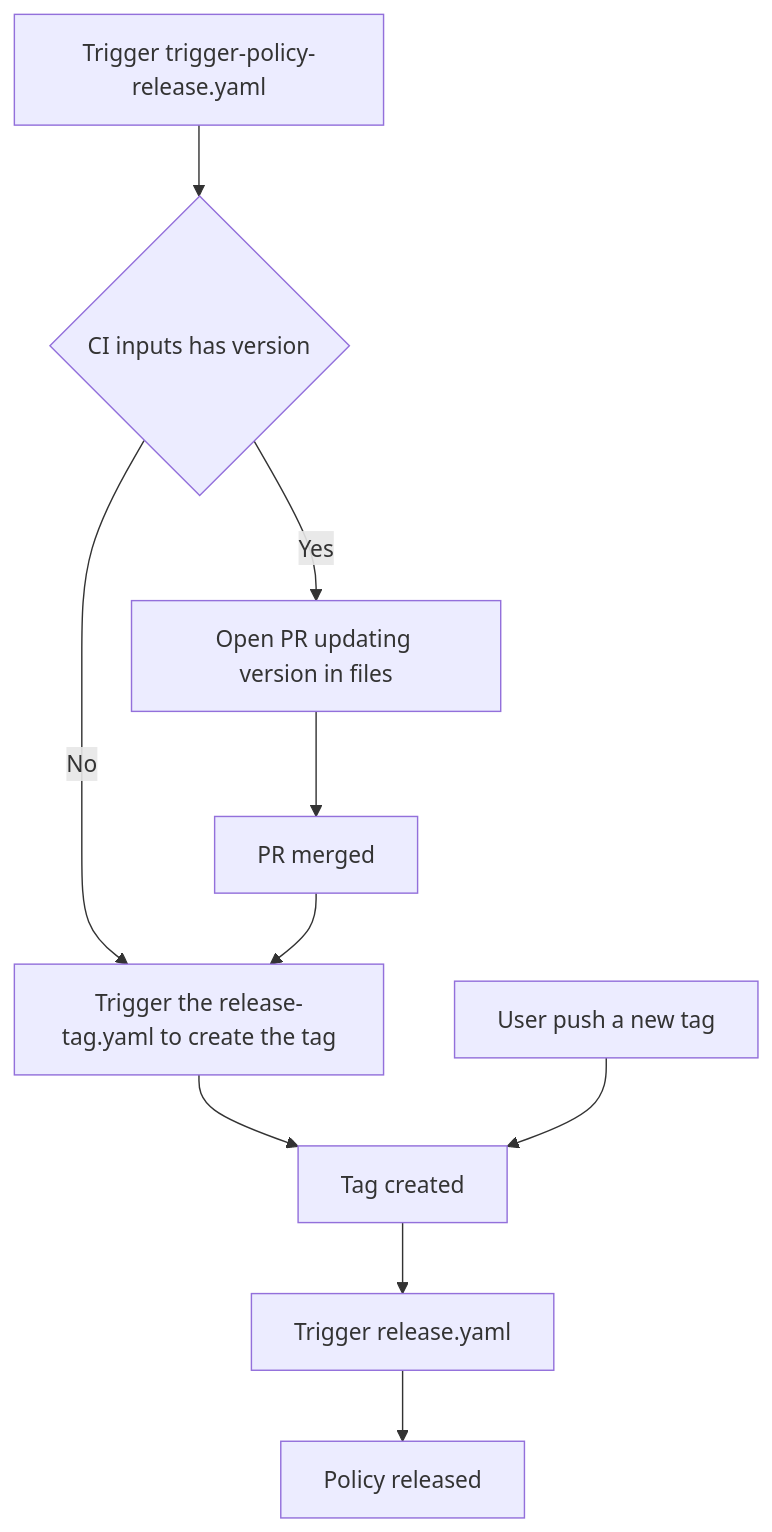
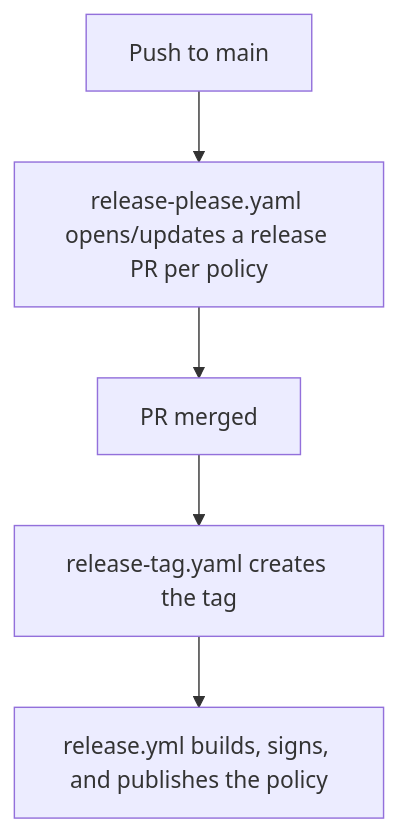
The diagram in CONTRIBUTING.md (jvanz/policies), drawn with Mermaid before and after one commit. The commit also changed other lines of this file, not shown here.

First line of the commit message:
docs: document the release-please release flow

````diff
--- a/CONTRIBUTING.md
+++ b/CONTRIBUTING.md
@@ -126,14 +150,8 @@
 ```mermaid
 flowchart TD
 
-A[Trigger trigger-policy-release.yaml ] --> B{CI inputs has version}
-
-B -->|Yes| C[Open PR updating version in files]
-B -->|No| D[Trigger the release-tag.yaml to create the tag]
-D --> E[Tag created]
-E --> F[Trigger release.yaml]
-C --> G[PR merged]
-G --> D
-F --> H[Policy released]
-I[User push a new tag] --> E
+A[Push to main] --> B[release-please.yaml opens/updates a release PR per policy]
+B --> C[PR merged]
+C --> D[release-tag.yaml creates the tag]
+D --> E[release.yml builds, signs, and publishes the policy]
 ```
````
